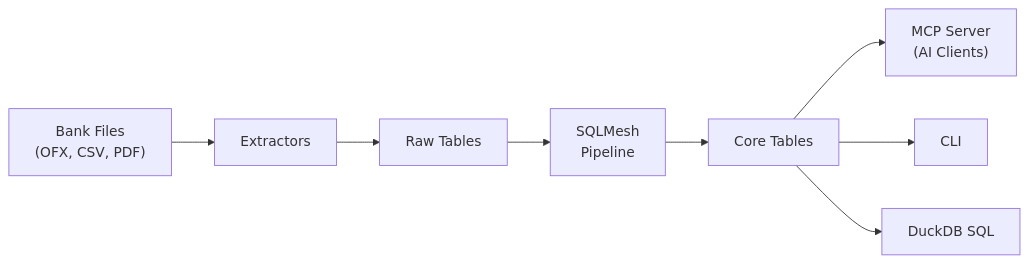
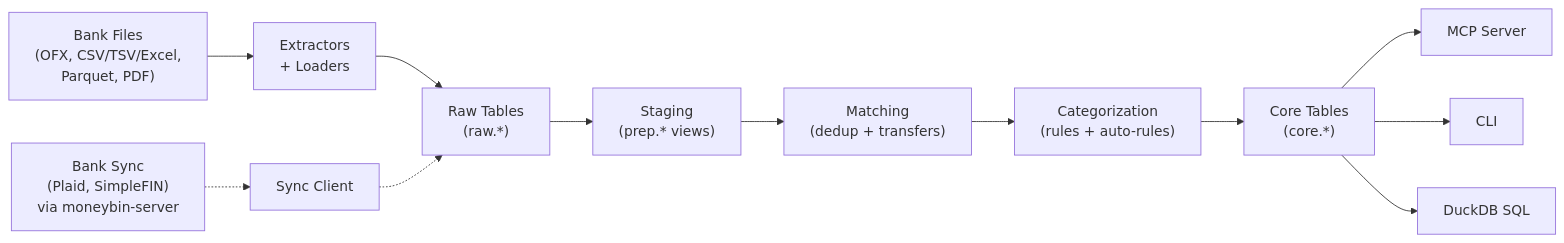
One commit to bsaffel/moneybin changed the diagram in README.md. Above: the diagram before and after it, drawn with Mermaid. The commit also changed other lines of this file and 7 other files, not shown here.

````diff
--- a/README.md
+++ b/README.md
@@ -47,10 +35,14 @@
 ```mermaid
 graph LR
-    A["Bank Files\n(OFX, CSV, PDF)"] --> B["Extractors"]
-    B --> C["Raw Tables"]
-    C --> D["SQLMesh\nPipeline"]
-    D --> E["Core Tables"]
-    E --> F["MCP Server\n(AI Clients)"]
+    A["Bank Files<br/>(OFX, CSV/TSV/Excel,<br/>Parquet, PDF)"] --> B["Extractors<br/>+ Loaders"]
+    A2["Bank Sync<br/>(Plaid, SimpleFIN)<br/>via moneybin-server"] -.-> B2["Sync Client"]
+    B --> C["Raw Tables<br/>(raw.*)"]
+    B2 -.-> C
+    C --> D["Staging<br/>(prep.* views)"]
+    D --> M["Matching<br/>(dedup + transfers)"]
+    M --> CAT["Categorization<br/>(rules + auto-rules)"]
+    CAT --> E["Core Tables<br/>(core.*)"]
+    E --> F["MCP Server"]
     E --> G["CLI"]
     E --> H["DuckDB SQL"]
 ```
````
